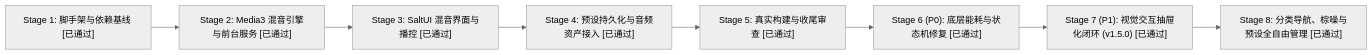
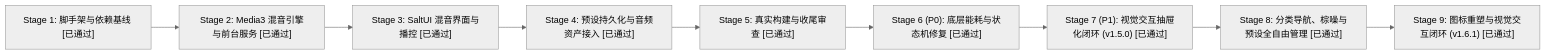
The diagram in AGENTS.md (Kulahala/SaltAmbience), drawn with Mermaid (neutral theme) before and after one commit. The commit also changed other lines of this file and 5 other files, not shown here.

````diff
--- a/AGENTS.md
+++ b/AGENTS.md
@@ -141,10 +142,11 @@
 ```mermaid
 flowchart LR
     S1["Stage 1: 脚手架与依赖基线 [已通过]"] --> S2["Stage 2: Media3 混音引擎与前台服务 [已通过]"]
     S2 --> S3["Stage 3: SaltUI 混音界面与播控 [已通过]"]
     S3 --> S4["Stage 4: 预设持久化与音频资产接入 [已通过]"]
     S4 --> S5["Stage 5: 真实构建与收尾审查 [已通过]"]
     S5 --> S6["Stage 6 (P0): 底层能耗与状态机修复 [已通过]"]
     S6 --> S7["Stage 7 (P1): 视觉交互抽屉化闭环 (v1.5.0) [已通过]"]
     S7 --> S8["Stage 8: 分类导航、棕噪与预设全自由管理 [已通过]"]
+    S8 --> S9["Stage 9: 图标重塑与视觉交互闭环 (v1.6.1) [已通过]"]
 ```
````
